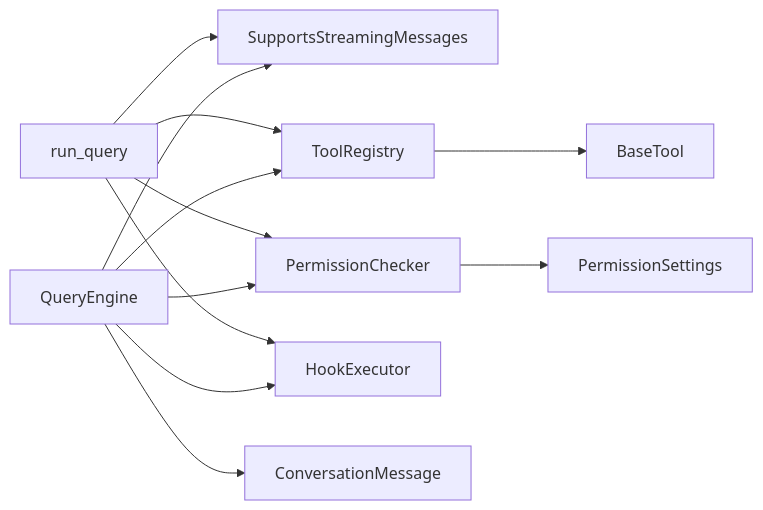
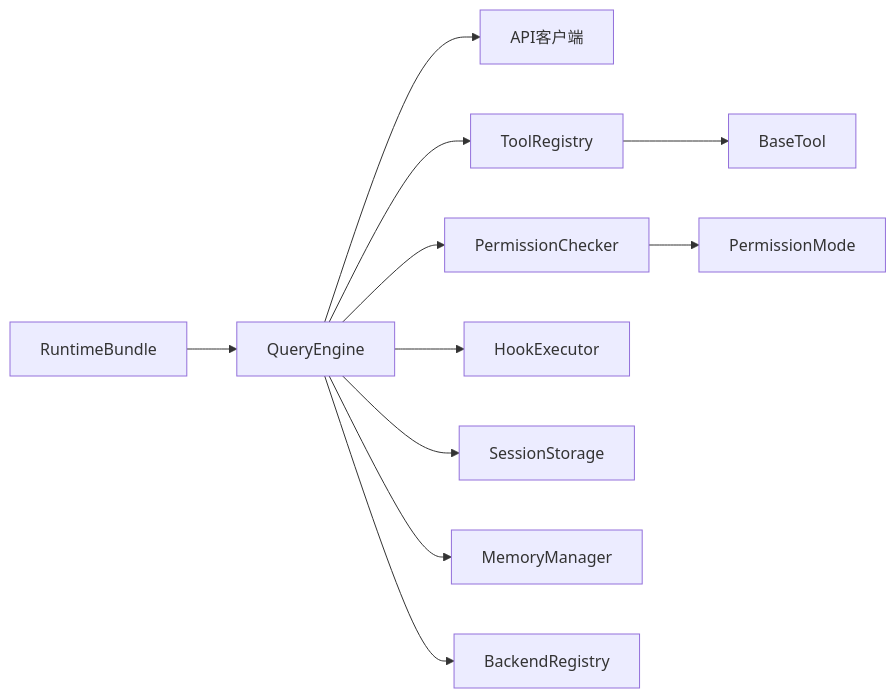
One commit to haolange/OpenHarness changed the ninth of 9 diagrams in .qoder/repowiki/zh/content/核心概念/核心概念.md. Above: the diagram before and after it, drawn with Mermaid. The commit also changed other lines of this file and 222 other files, not shown here.

````diff
--- a/.qoder/repowiki/zh/content/核心概念/核心概念.md
+++ b/.qoder/repowiki/zh/content/核心概念/核心概念.md
@@ -427,14 +422,13 @@
 ```mermaid
 graph LR
-QE["QueryEngine"] --> API["SupportsStreamingMessages"]
+RT["RuntimeBundle"] --> QE["QueryEngine"]
+QE --> API["API客户端"]
 QE --> TR["ToolRegistry"]
 QE --> PC["PermissionChecker"]
 QE --> HE["HookExecutor"]
-QE --> MSG["ConversationMessage"]
-Q["run_query"] --> API
-Q --> TR
-Q --> PC
-Q --> HE
+QE --> SS["SessionStorage"]
+QE --> MM["MemoryManager"]
 TR --> BT["BaseTool"]
-PC --> ST["PermissionSettings"]
+PC --> PM["PermissionMode"]
+QE --> SR["BackendRegistry"]
 ```
````
